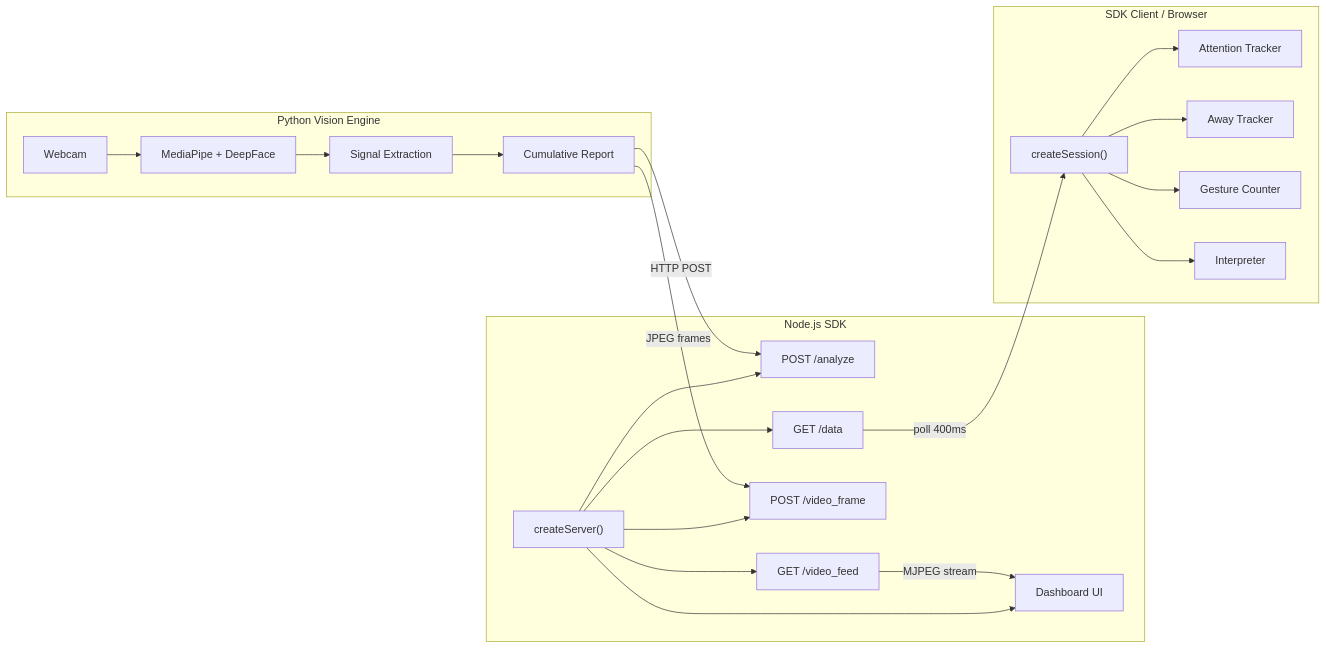
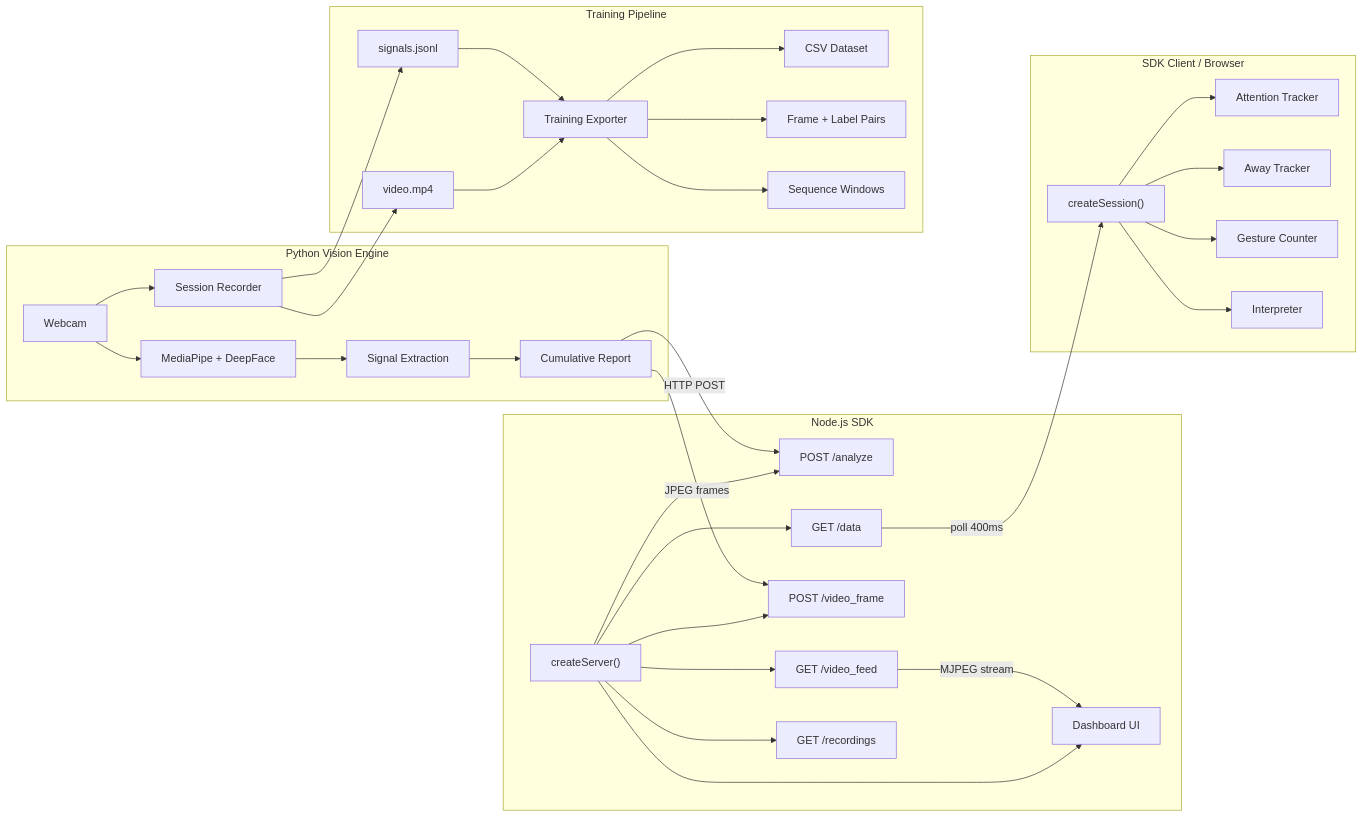
Before and after one commit to Shabiul/Advisor-ai: the diagram in README.md, drawn with Mermaid. The commit also changed other lines of this file and 4 other files, not shown here.

Commit message:
implement SessionRecorder for synchronized video and behavioral signal logging with associated tests

````diff
--- a/README.md
+++ b/README.md
@@ -40,28 +47,40 @@
 ```mermaid
 graph LR
     subgraph Python["Python Vision Engine"]
         CAM[Webcam] --> MP[MediaPipe + DeepFace]
         MP --> SIG[Signal Extraction]
         SIG --> RPT[Cumulative Report]
+        CAM --> REC[Session Recorder]
     end
 
     subgraph SDK["Node.js SDK"]
         SRV["createServer()"] --> ANALYZE[POST /analyze]
         SRV --> DATA[GET /data]
         SRV --> VF[POST /video_frame]
         SRV --> VS[GET /video_feed]
+        SRV --> RECS[GET /recordings]
         SRV --> DASH[Dashboard UI]
     end
 
     subgraph Client["SDK Client / Browser"]
         SESS["createSession()"] --> ATT[Attention Tracker]
         SESS --> AWAY[Away Tracker]
         SESS --> GEST[Gesture Counter]
         SESS --> INTERP[Interpreter]
     end
 
+    subgraph Training["Training Pipeline"]
+        REC --> VID[video.mp4]
+        REC --> JSONL[signals.jsonl]
+        VID --> EXP[Training Exporter]
+        JSONL --> EXP
+        EXP --> CSV[CSV Dataset]
+        EXP --> FRAMES[Frame + Label Pairs]
+        EXP --> SEQ[Sequence Windows]
+    end
+
     RPT -->|HTTP POST| ANALYZE
     RPT -->|JPEG frames| VF
     DATA -->|poll 400ms| SESS
     VS -->|MJPEG stream| DASH
 ```
````
